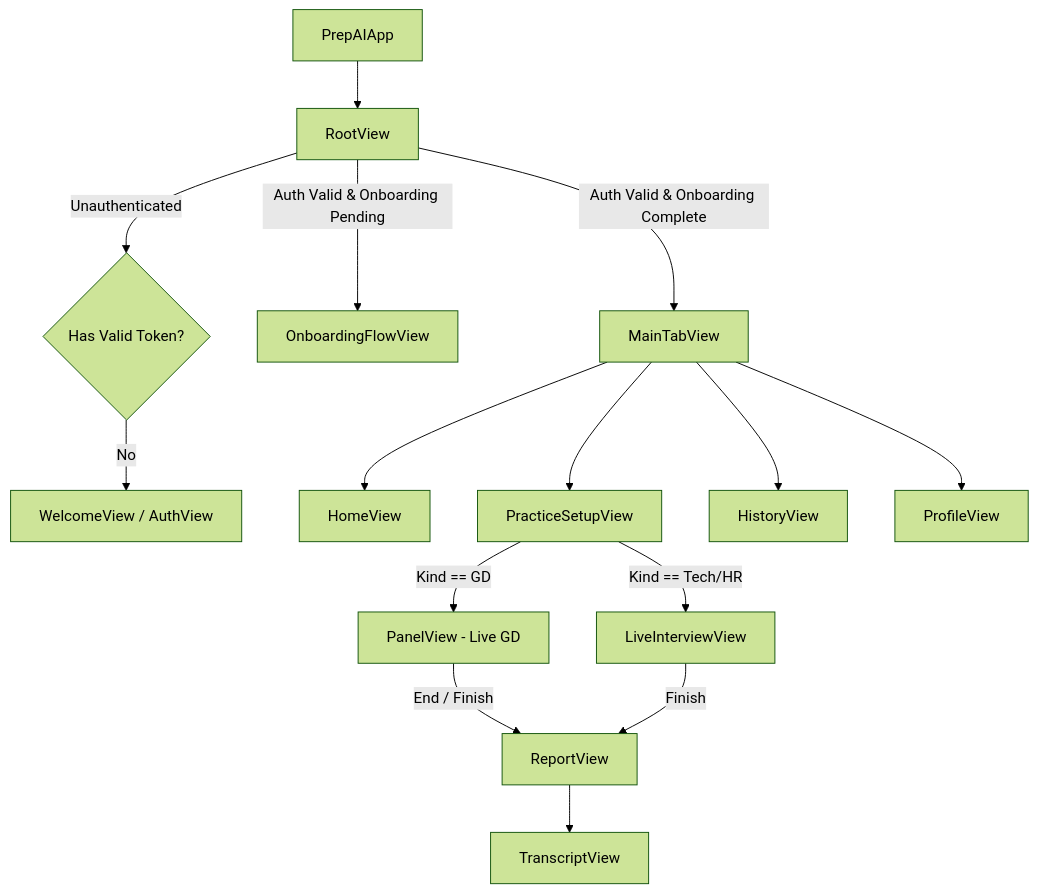
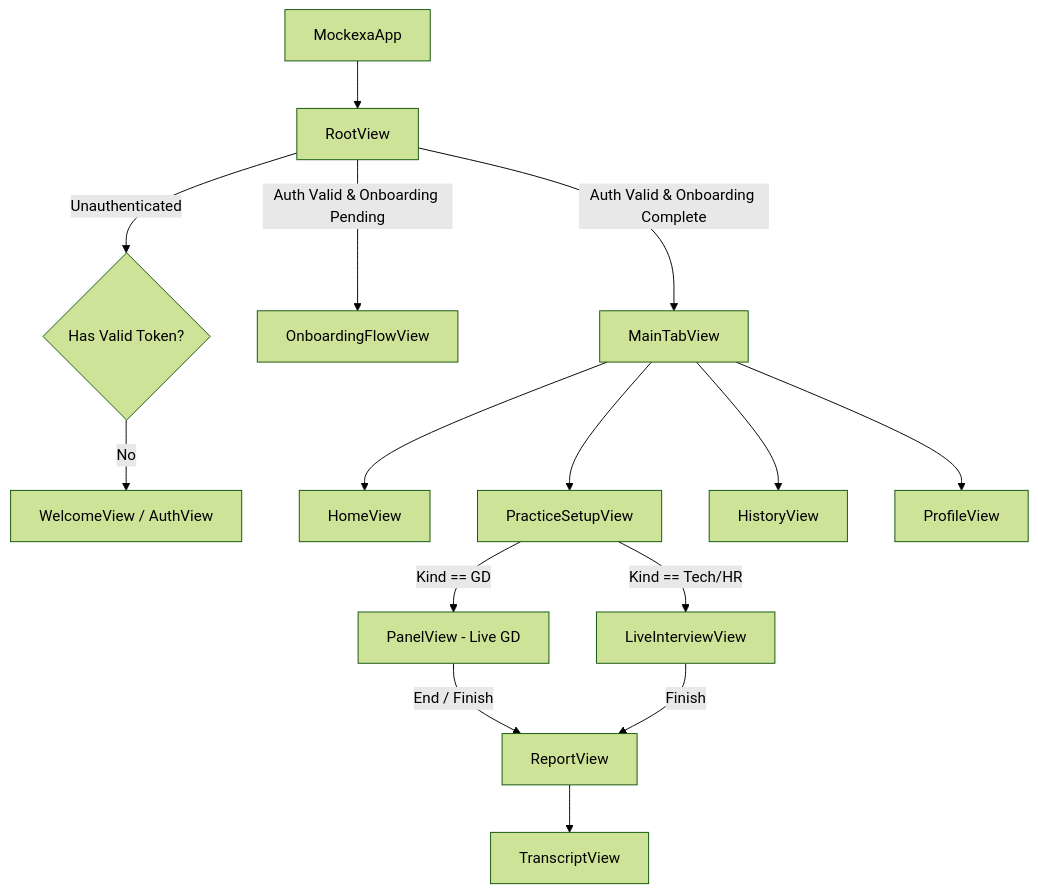
The first of 3 diagrams in MOCKEXA_CURRENT_PROJECT.md (sunandanpuri0987/Mockexa), drawn with Mermaid (forest theme) before and after one commit. The commit also changed other lines of this file and 170 other files, not shown here.

Commit message:
Rename PrepAI identifiers to Mockexa

````diff
--- a/MOCKEXA_CURRENT_PROJECT.md
+++ b/MOCKEXA_CURRENT_PROJECT.md
@@ -60,20 +58,20 @@
 ```mermaid
 graph TD
-    AppEntryPoint[PrepAIApp] --> RootView[RootView]
+    AppEntryPoint[MockexaApp] --> RootView[RootView]
     RootView -->|Unauthenticated| AuthSwitch{Has Valid Token?}
     AuthSwitch -->|No| WelcomeView[WelcomeView / AuthView]
     RootView -->|Auth Valid & Onboarding Pending| OnboardingFlowView[OnboardingFlowView]
     RootView -->|Auth Valid & Onboarding Complete| MainTabView[MainTabView]
     
     MainTabView --> HomeTab[HomeView]
     MainTabView --> PracticeTab[PracticeSetupView]
     MainTabView --> HistoryTab[HistoryView]
     MainTabView --> ProfileTab[ProfileView]
     
     PracticeTab -->|Kind == GD| PanelView[PanelView - Live GD]
     PracticeTab -->|Kind == Tech/HR| LiveInterviewView[LiveInterviewView]
     
     PanelView -->|End / Finish| ReportView[ReportView]
     LiveInterviewView -->|Finish| ReportView[ReportView]
     ReportView --> TranscriptView[TranscriptView]
 ```
````
